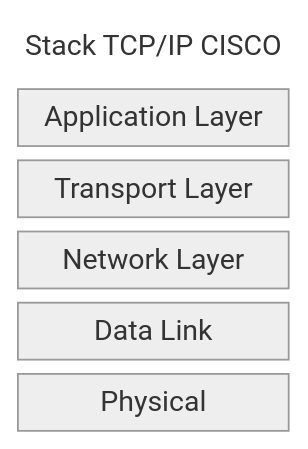
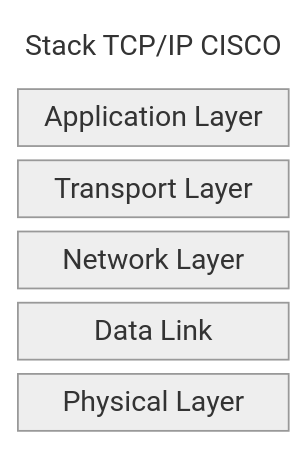
Before and after one commit to AresRebatto/Appunti-CCNA: the first of 4 diagrams in TCP-IP Networking/TCP-IP Networking Model.md, drawn with Mermaid (neutral theme). The commit also changed other lines of this file, not shown here.

````diff
--- a/TCP-IP Networking/TCP-IP Networking Model.md
+++ b/TCP-IP Networking/TCP-IP Networking Model.md
@@ -33,11 +33,11 @@
 ```mermaid
 block-beta
 columns 1
 F["Stack TCP/IP CISCO"]
 A["Application Layer"] 
 B["Transport Layer"] 
 C["Network Layer"] 
 D["Data Link"] 
-E["Physical"]
+E["Physical Layer"]
 style F fill:#fff,stroke:#fff
 ```
````
